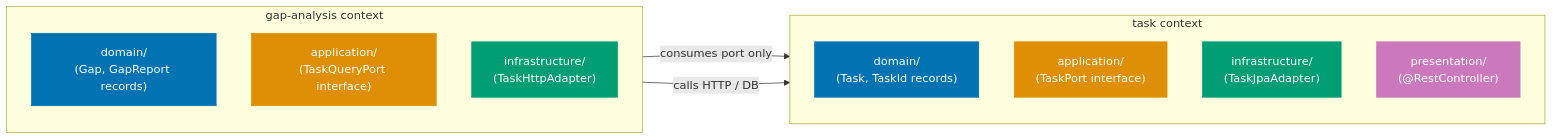
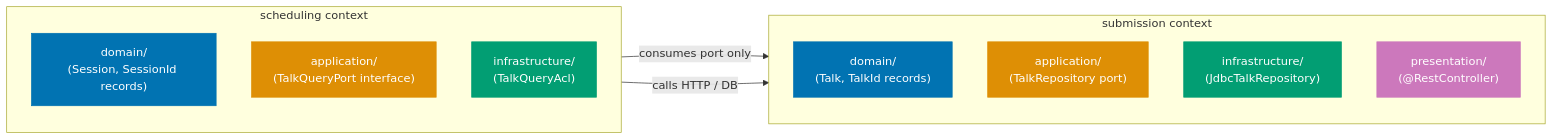
The first of 2 diagrams in apps/ayokoding-web/content/en/learn/software-engineering/architecture/ddd-hexagonal-in-practice/oop-in-the-field/beginner.md (wahidyankf/open-sharia-enterprise), drawn with Mermaid before and after one commit. The commit also changed other lines of this file and 11 other files, not shown here.

````diff
--- a/apps/ayokoding-web/content/en/learn/software-engineering/architecture/ddd-hexagonal-in-practice/oop-in-the-field/beginner.md
+++ b/apps/ayokoding-web/content/en/learn/software-engineering/architecture/ddd-hexagonal-in-practice/oop-in-the-field/beginner.md
@@ -50,23 +47,23 @@
 ```mermaid
 flowchart LR
-    subgraph ctx["task context"]
+    subgraph ctx["submission context"]
         direction TB
-        dom["domain/\n(Task, TaskId records)"]:::blue
-        app["application/\n(TaskPort interface)"]:::orange
-        inf["infrastructure/\n(TaskJpaAdapter)"]:::teal
+        dom["domain/\n(Talk, TalkId records)"]:::blue
+        app["application/\n(TalkRepository port)"]:::orange
+        inf["infrastructure/\n(JdbcTalkRepository)"]:::teal
         pres["presentation/\n(@RestController)"]:::purple
     end
-    subgraph gap["gap-analysis context"]
+    subgraph sched["scheduling context"]
         direction TB
-        gdom["domain/\n(Gap, GapReport records)"]:::blue
-        gapp["application/\n(TaskQueryPort interface)"]:::orange
-        ginf["infrastructure/\n(TaskHttpAdapter)"]:::teal
+        sdom["domain/\n(Session, SessionId records)"]:::blue
+        sapp["application/\n(TalkQueryPort interface)"]:::orange
+        sinf["infrastructure/\n(TalkQueryAcl)"]:::teal
     end
-    gapp -->|"consumes port only"| app
-    ginf -->|"calls HTTP / DB"| inf
+    sapp -->|"consumes port only"| app
+    sinf -->|"calls HTTP / DB"| inf
 
     classDef blue fill:#0173B2,color:#fff,stroke:#0173B2
     classDef orange fill:#DE8F05,color:#fff,stroke:#DE8F05
     classDef teal fill:#029E73,color:#fff,stroke:#029E73
     classDef purple fill:#CC78BC,color:#fff,stroke:#CC78BC
 ```
````
